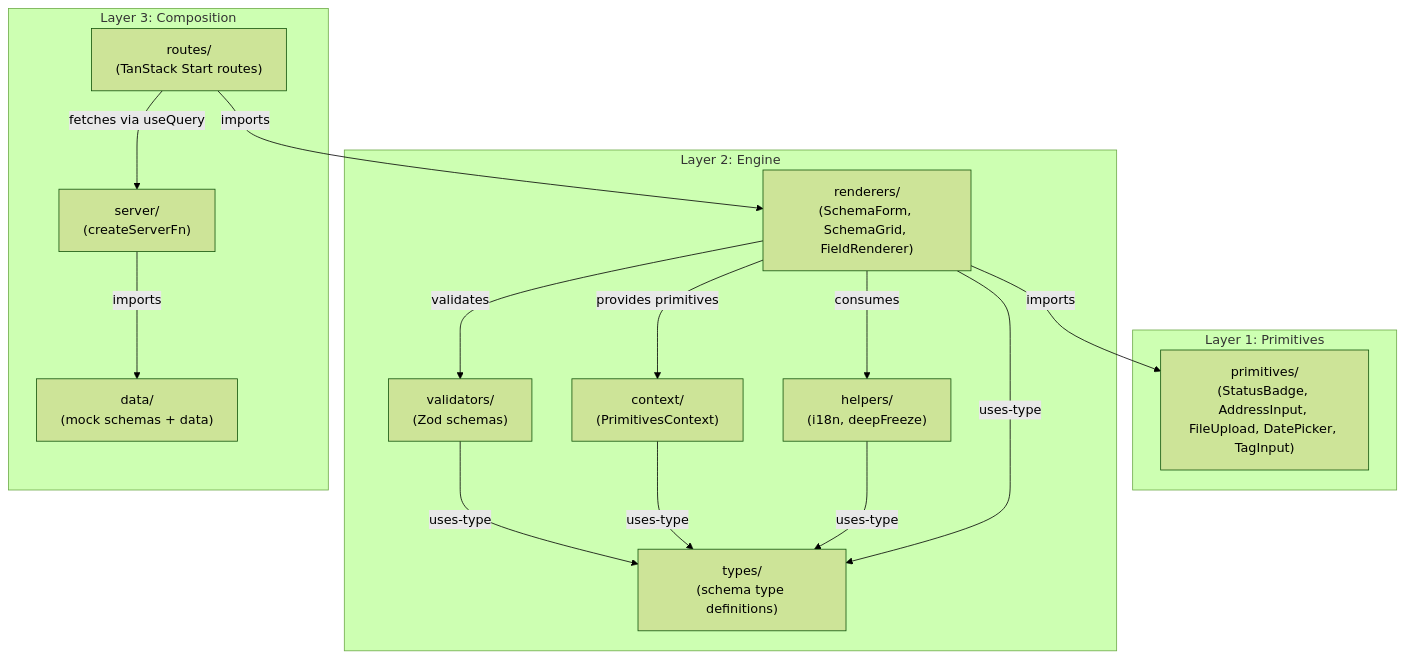
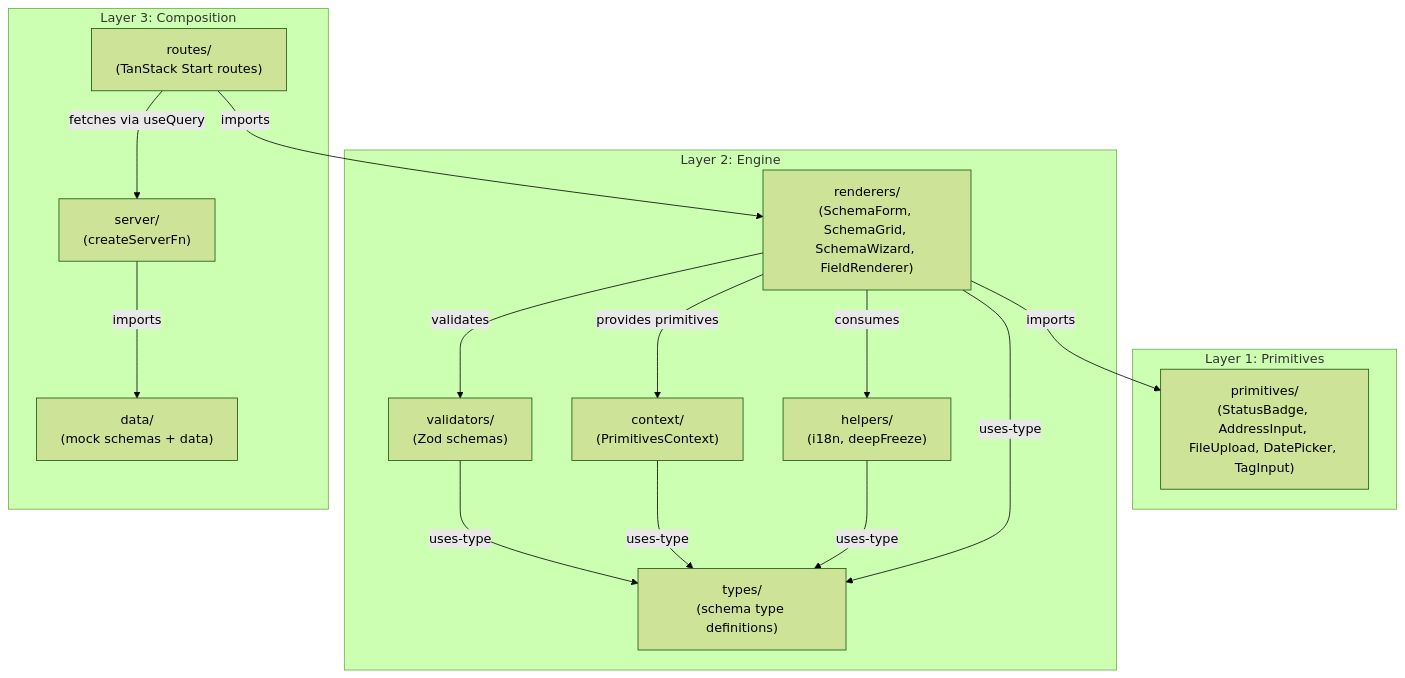
The diagram in docs/context-map.md (WianVDM/schema-framework), drawn with Mermaid (forest theme) before and after one commit. The commit also changed other lines of this file and 28 other files, not shown here.

Commit message:
feat: add SchemaWizard with multi-step form, per-step validation, and review step

````diff
--- a/docs/context-map.md
+++ b/docs/context-map.md
@@ -8,32 +8,32 @@
 ```mermaid
 graph TD
     subgraph "Layer 1: Primitives"
         primitives["primitives/<br/>(StatusBadge, AddressInput, FileUpload, DatePicker, TagInput)"]
     end
 
     subgraph "Layer 2: Engine"
         types["types/<br/>(schema type definitions)"]
         validators["validators/<br/>(Zod schemas)"]
         context["context/<br/>(PrimitivesContext)"]
         helpers["helpers/<br/>(i18n, deepFreeze)"]
-        renderers["renderers/<br/>(SchemaForm, SchemaGrid, FieldRenderer)"]
+        renderers["renderers/<br/>(SchemaForm, SchemaGrid, SchemaWizard, FieldRenderer)"]
     end
 
     subgraph "Layer 3: Composition"
         routes["routes/<br/>(TanStack Start routes)"]
         server["server/<br/>(createServerFn)"]
         data["data/<br/>(mock schemas + data)"]
     end
 
     validators -->|uses-type| types
     context -->|uses-type| types
     helpers -->|uses-type| types
     renderers -->|uses-type| types
     renderers -->|validates| validators
     renderers -->|provides primitives| context
     renderers -->|consumes| helpers
     renderers -->|imports| primitives
     routes -->|imports| renderers
     server -->|imports| data
     routes -->|fetches via useQuery| server
 ```
````
